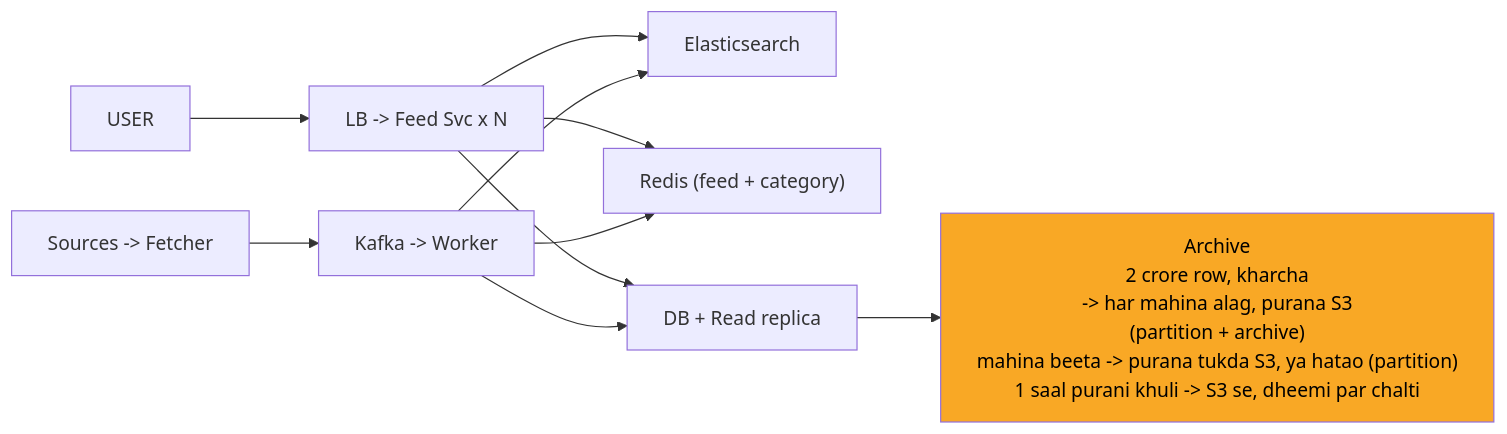
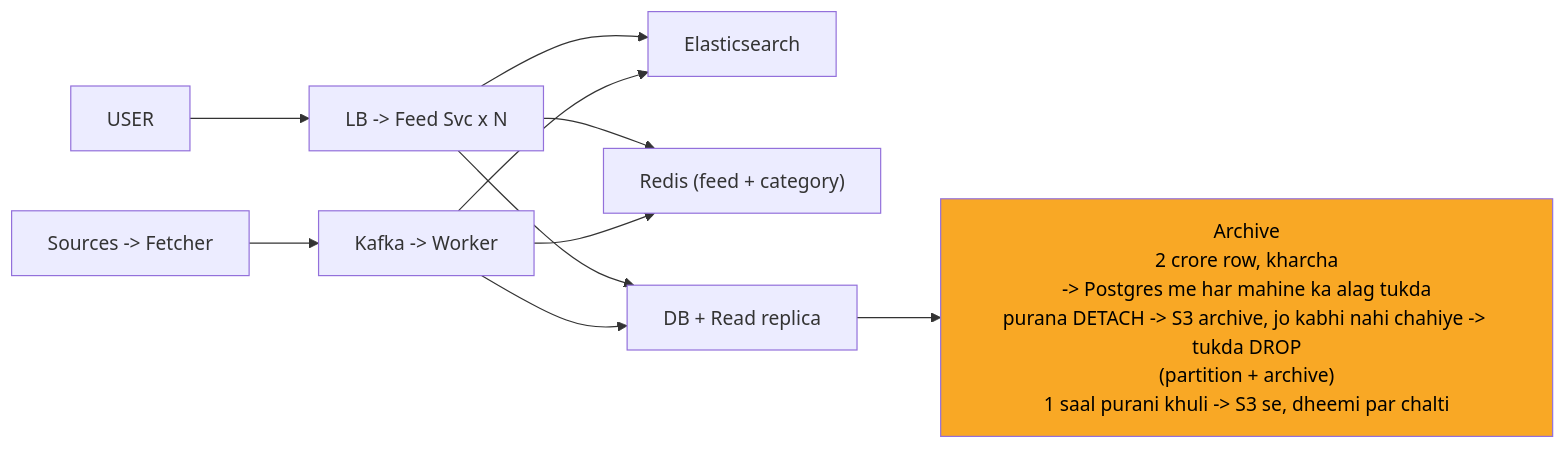
Before and after one commit to ArpanMaheshwari144/Prep: the ninth of 11 diagrams in 04_HLD/SYSTEM_DESIGNS/08_news_aggregator/08_news_aggregator_INTERVIEW.md, drawn with Mermaid. The commit also changed other lines of this file and 13 other files, not shown here.

````diff
--- a/04_HLD/SYSTEM_DESIGNS/08_news_aggregator/08_news_aggregator_INTERVIEW.md
+++ b/04_HLD/SYSTEM_DESIGNS/08_news_aggregator/08_news_aggregator_INTERVIEW.md
@@ -344,22 +348,22 @@
 ```mermaid
 %%{init: {"flowchart": {"wrappingWidth": 450}}}%%
 flowchart LR
     n_USER["USER"]
     n_LF["LB -> Feed Svc x N"]
     n_Elasticsearch["Elasticsearch"]
     n_Redis["Redis (feed + category)"]
     n_DBR["DB + Read replica"]
-    n_Archive["Archive<br/>2 crore row, kharcha<br/>-> har mahina alag, purana S3<br/>(partition + archive)<br/>mahina beeta -> purana tukda S3, ya hatao (partition)<br/>1 saal purani khuli -> S3 se, dheemi par chalti"]
+    n_Archive["Archive<br/>2 crore row, kharcha<br/>-> Postgres me har mahine ka alag tukda<br/>purana DETACH -> S3 archive, jo kabhi nahi chahiye -> tukda DROP<br/>(partition + archive)<br/>1 saal purani khuli -> S3 se, dheemi par chalti"]
     n_KW["Kafka -> Worker"]
     n_SF["Sources -> Fetcher"]
     n_USER --> n_LF
     n_LF --> n_Elasticsearch
     n_LF --> n_Redis
     n_LF --> n_DBR
     n_DBR --> n_Archive
     n_KW --> n_DBR
     n_KW --> n_Redis
     n_KW --> n_Elasticsearch
     n_SF --> n_KW
     style n_Archive fill:#f9a825,color:#000
 ```
````
